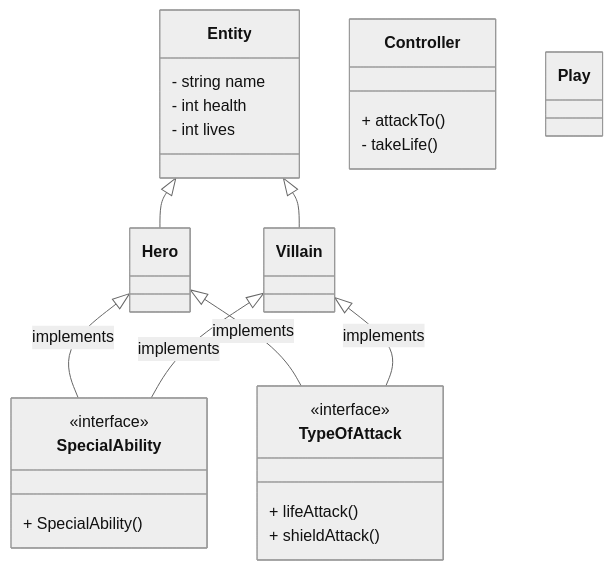
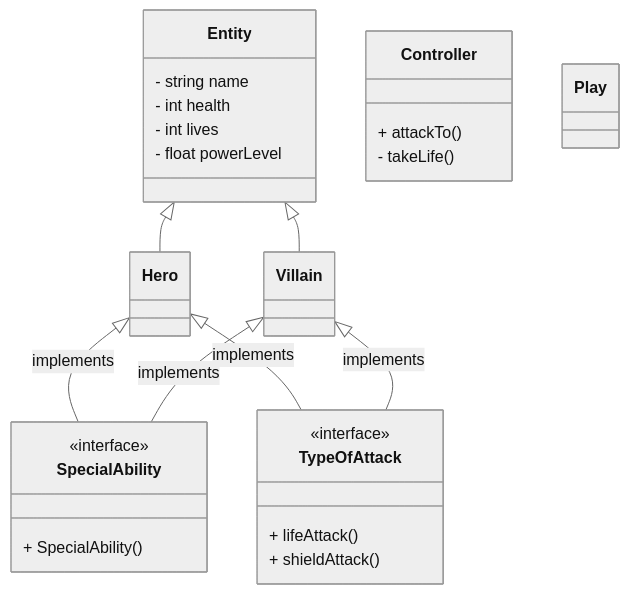
The diagram in README.md (jmrq-43/RobotWar), drawn with Mermaid (neutral theme) before and after one commit. The commit also changed 1 other file, not shown here.

Commit message:
modified data type of interface

````diff
--- a/README.md
+++ b/README.md
@@ -6,44 +6,45 @@
 ```mermaid
 classDiagram
     class Entity{
         - string name
         - int health
         - int lives
+        - float powerLevel
     }
         
     class SpecialAbility{
         <<interface>>
         + SpecialAbility()
     }
     
     class TypeOfAttack{
         <<interface>>
         + lifeAttack()
         + shieldAttack()
     }
     
     class Hero{
         
     }
     class Villain{
         
     }
     
     class Controller{
         + attackTo ()
         - takeLife()
     } 
     
     class Play{
         
     } 
     
     Entity <|-- Hero  
     Entity <|-- Villain
     Hero <|-- SpecialAbility : implements 
     Hero <|-- TypeOfAttack :implements
     Villain <|-- TypeOfAttack : implements 
     Villain <|-- SpecialAbility : implements
 
 
 ```
````
